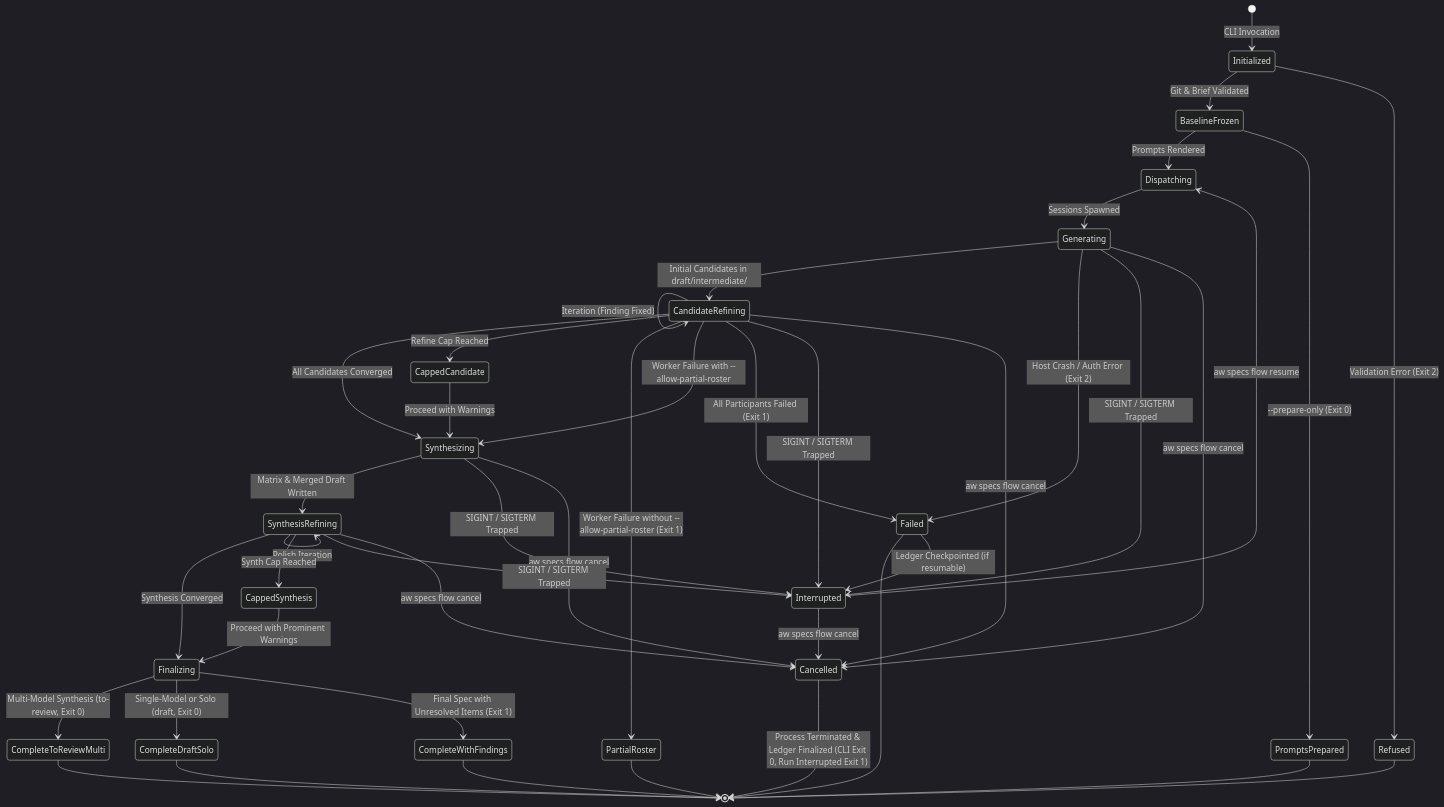
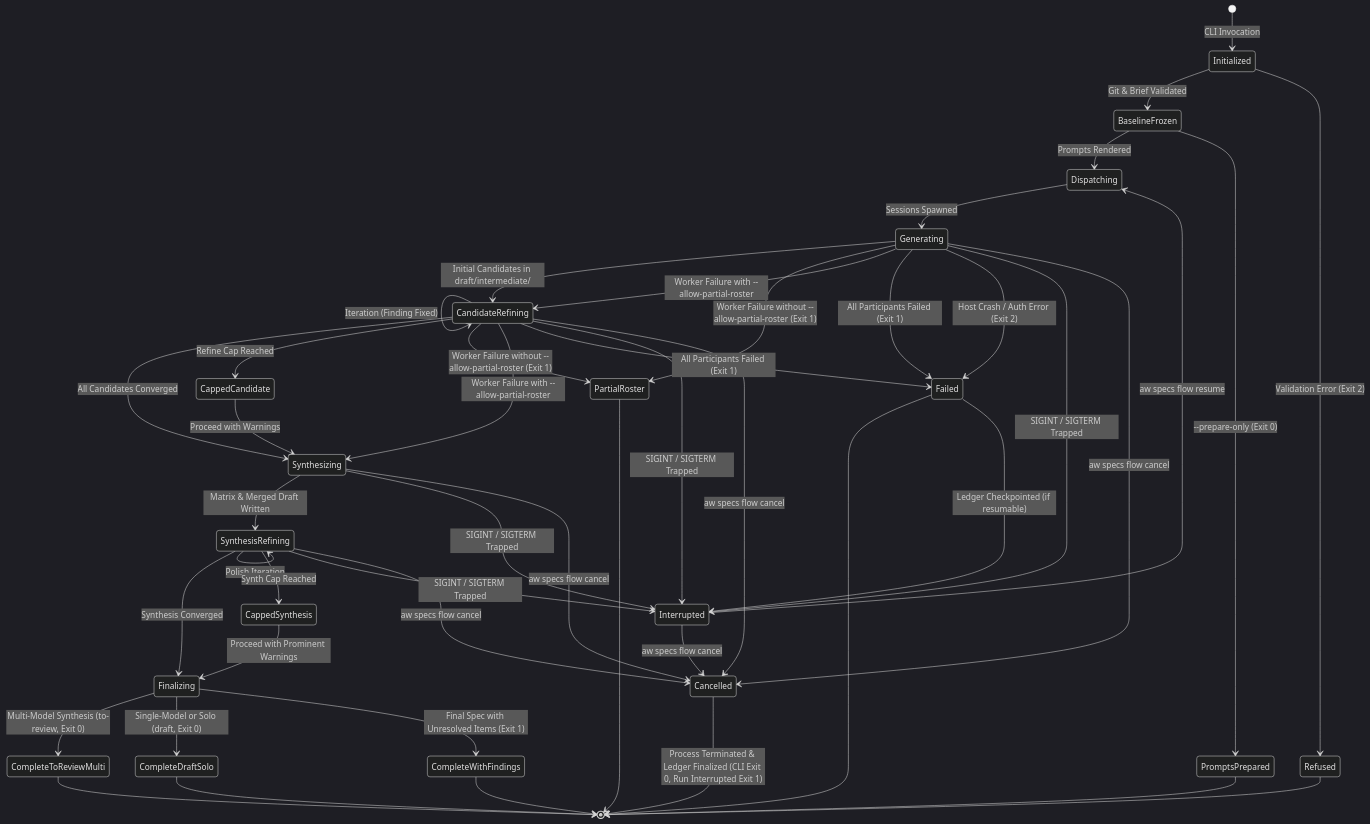
One commit to fariello/agent-workflows changed the fourth of 4 diagrams in .aw/records/specs/draft/20261024-specflow-01-18hh1u-spec-research-synthesis.spec.md. Above: the diagram before and after it, drawn with Mermaid (dark theme). The commit also changed other lines of this file and 1 other file, not shown here.

````diff
--- a/.aw/records/specs/draft/20261024-specflow-01-18hh1u-spec-research-synthesis.spec.md
+++ b/.aw/records/specs/draft/20261024-specflow-01-18hh1u-spec-research-synthesis.spec.md
@@ -861,55 +877,58 @@
 ```mermaid
 stateDiagram-v2
     [*] --> Initialized: CLI Invocation
     Initialized --> BaselineFrozen: Git & Brief Validated
     Initialized --> Refused: Validation Error (Exit 2)
 
     BaselineFrozen --> Dispatching: Prompts Rendered
     BaselineFrozen --> PromptsPrepared: --prepare-only (Exit 0)
     PromptsPrepared --> [*]
     Dispatching --> Generating: Sessions Spawned
 
     Generating --> CandidateRefining: Initial Candidates in draft/intermediate/
+    Generating --> PartialRoster: Worker Failure without --allow-partial-roster (Exit 1)
+    Generating --> CandidateRefining: Worker Failure with --allow-partial-roster
+    Generating --> Failed: All Participants Failed (Exit 1)
     Generating --> Failed: Host Crash / Auth Error (Exit 2)
     Generating --> Interrupted: SIGINT / SIGTERM Trapped
     Generating --> Cancelled: aw specs flow cancel
 
     CandidateRefining --> CandidateRefining: Iteration (Finding Fixed)
     CandidateRefining --> Synthesizing: All Candidates Converged
     CandidateRefining --> CappedCandidate: Refine Cap Reached
     CandidateRefining --> PartialRoster: Worker Failure without --allow-partial-roster (Exit 1)
     CandidateRefining --> Synthesizing: Worker Failure with --allow-partial-roster
     CandidateRefining --> Failed: All Participants Failed (Exit 1)
     CandidateRefining --> Interrupted: SIGINT / SIGTERM Trapped
     CandidateRefining --> Cancelled: aw specs flow cancel
 
     CappedCandidate --> Synthesizing: Proceed with Warnings
 
     Synthesizing --> SynthesisRefining: Matrix & Merged Draft Written
     Synthesizing --> Interrupted: SIGINT / SIGTERM Trapped
     Synthesizing --> Cancelled: aw specs flow cancel
 
     SynthesisRefining --> SynthesisRefining: Polish Iteration
     SynthesisRefining --> Finalizing: Synthesis Converged
     SynthesisRefining --> CappedSynthesis: Synth Cap Reached
     SynthesisRefining --> Interrupted: SIGINT / SIGTERM Trapped
     SynthesisRefining --> Cancelled: aw specs flow cancel
 
     CappedSynthesis --> Finalizing: Proceed with Prominent Warnings
 
     Finalizing --> CompleteToReviewMulti: Multi-Model Synthesis (to-review, Exit 0)
     Finalizing --> CompleteDraftSolo: Single-Model or Solo (draft, Exit 0)
     Finalizing --> CompleteWithFindings: Final Spec with Unresolved Items (Exit 1)
 
     CompleteToReviewMulti --> [*]
     CompleteDraftSolo --> [*]
     CompleteWithFindings --> [*]
     Refused --> [*]
     PartialRoster --> [*]
     Failed --> [*]
 
     Failed --> Interrupted: Ledger Checkpointed (if resumable)
     Interrupted --> Dispatching: aw specs flow resume
     Interrupted --> Cancelled: aw specs flow cancel
     Cancelled --> [*]: Process Terminated & Ledger Finalized (CLI Exit 0, Run Interrupted Exit 1)
 ```
````
